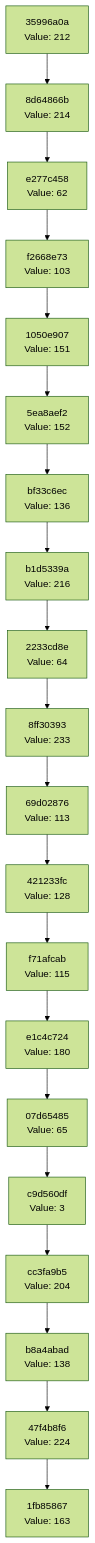
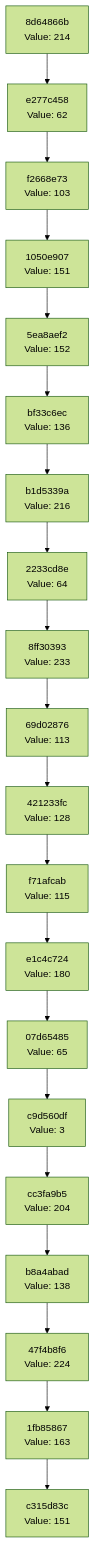
The diagram in docs/CHAIN_VISUALIZATION.md (Abhisheksinha1506/hash-chain-evolver), drawn with Mermaid (forest theme) before and after one commit. The commit also changed 1 other file, not shown here.

Commit message:
Evolution Step

````diff
--- a/docs/CHAIN_VISUALIZATION.md
+++ b/docs/CHAIN_VISUALIZATION.md
@@ -3,42 +3,42 @@
 ```mermaid
 graph TD
-    C0["1fb85867<br/>Value: 163"]
-    C1["47f4b8f6<br/>Value: 224"]
+    C0["c315d83c<br/>Value: 151"]
+    C1["1fb85867<br/>Value: 163"]
     C1 --> C0
-    C2["b8a4abad<br/>Value: 138"]
+    C2["47f4b8f6<br/>Value: 224"]
     C2 --> C1
-    C3["cc3fa9b5<br/>Value: 204"]
+    C3["b8a4abad<br/>Value: 138"]
     C3 --> C2
-    C4["c9d560df<br/>Value: 3"]
+    C4["cc3fa9b5<br/>Value: 204"]
     C4 --> C3
-    C5["07d65485<br/>Value: 65"]
+    C5["c9d560df<br/>Value: 3"]
     C5 --> C4
-    C6["e1c4c724<br/>Value: 180"]
+    C6["07d65485<br/>Value: 65"]
     C6 --> C5
-    C7["f71afcab<br/>Value: 115"]
+    C7["e1c4c724<br/>Value: 180"]
     C7 --> C6
-    C8["421233fc<br/>Value: 128"]
+    C8["f71afcab<br/>Value: 115"]
     C8 --> C7
-    C9["69d02876<br/>Value: 113"]
+    C9["421233fc<br/>Value: 128"]
     C9 --> C8
-    C10["8ff30393<br/>Value: 233"]
+    C10["69d02876<br/>Value: 113"]
     C10 --> C9
-    C11["2233cd8e<br/>Value: 64"]
+    C11["8ff30393<br/>Value: 233"]
     C11 --> C10
-    C12["b1d5339a<br/>Value: 216"]
+    C12["2233cd8e<br/>Value: 64"]
     C12 --> C11
-    C13["bf33c6ec<br/>Value: 136"]
+    C13["b1d5339a<br/>Value: 216"]
     C13 --> C12
-    C14["5ea8aef2<br/>Value: 152"]
+    C14["bf33c6ec<br/>Value: 136"]
     C14 --> C13
-    C15["1050e907<br/>Value: 151"]
+    C15["5ea8aef2<br/>Value: 152"]
     C15 --> C14
-    C16["f2668e73<br/>Value: 103"]
+    C16["1050e907<br/>Value: 151"]
     C16 --> C15
-    C17["e277c458<br/>Value: 62"]
+    C17["f2668e73<br/>Value: 103"]
     C17 --> C16
-    C18["8d64866b<br/>Value: 214"]
+    C18["e277c458<br/>Value: 62"]
     C18 --> C17
-    C19["35996a0a<br/>Value: 212"]
+    C19["8d64866b<br/>Value: 214"]
     C19 --> C18
 ```
````
